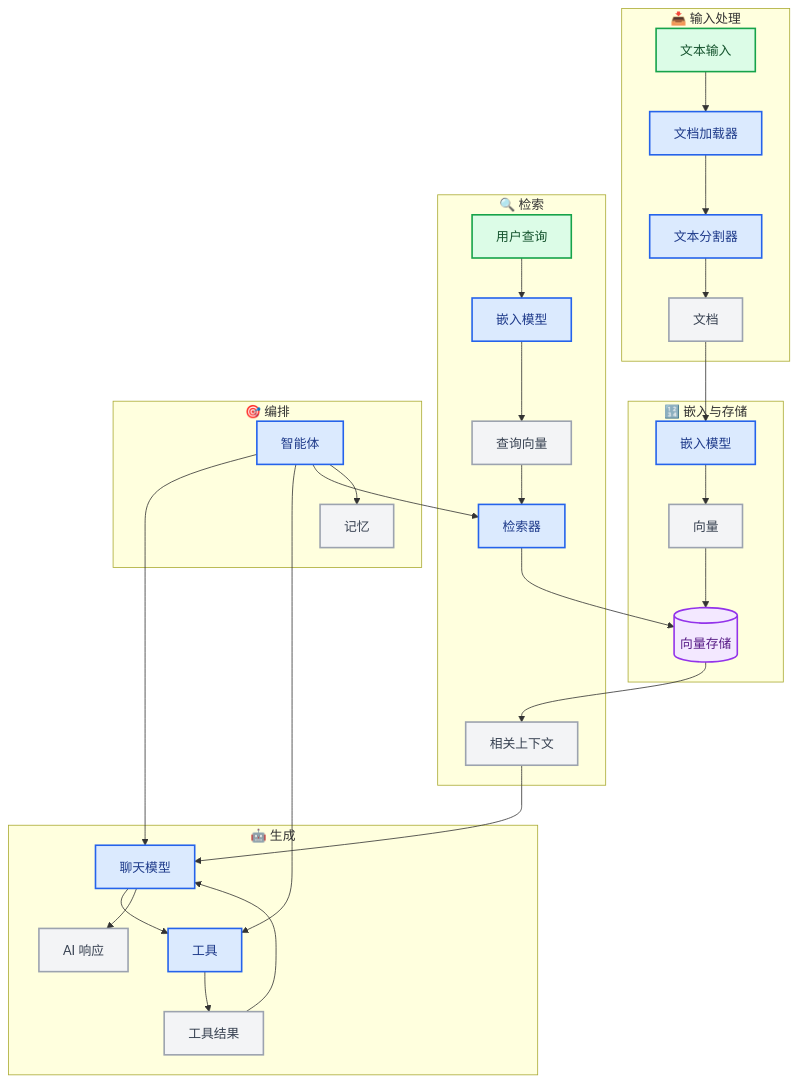
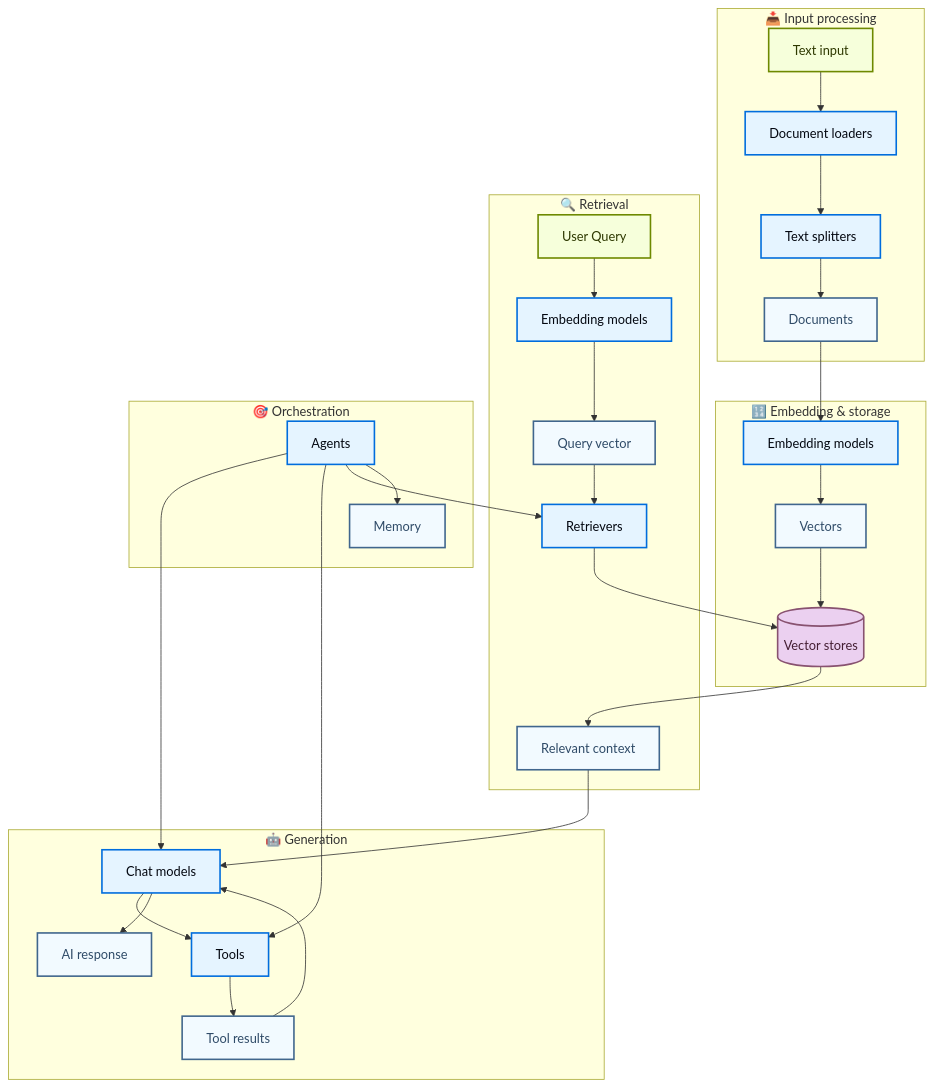
One commit to kunfan96/cndocs-langchain changed the first of 4 diagrams in oss/javascript/langchain/component-architecture.mdx. Above: the diagram before and after it, drawn with Mermaid. The commit also changed other lines of this file and 2538 other files, not shown here.

````diff
--- a/oss/javascript/langchain/component-architecture.mdx
+++ b/oss/javascript/langchain/component-architecture.mdx
@@ -11,52 +11,52 @@
 ```mermaid
 graph TD
-    %% 输入处理
-    subgraph "📥 输入处理"
-        A[文本输入] --> B[文档加载器]
-        B --> C[文本分割器]
-        C --> D[文档]
+    %% Input processing
+    subgraph "📥 Input processing"
+        A[Text input] --> B[Document loaders]
+        B --> C[Text splitters]
+        C --> D[Documents]
     end
 
-    %% 嵌入与存储
-    subgraph "🔢 嵌入与存储"
-        D --> E[嵌入模型]
-        E --> F[向量]
-        F --> G[(向量存储)]
+    %% Embedding & storage
+    subgraph "🔢 Embedding & storage"
+        D --> E[Embedding models]
+        E --> F[Vectors]
+        F --> G[(Vector stores)]
     end
 
-    %% 检索
-    subgraph "🔍 检索"
-        H[用户查询] --> I[嵌入模型]
-        I --> J[查询向量]
-        J --> K[检索器]
+    %% Retrieval
+    subgraph "🔍 Retrieval"
+        H[User Query] --> I[Embedding models]
+        I --> J[Query vector]
+        J --> K[Retrievers]
         K --> G
-        G --> L[相关上下文]
+        G --> L[Relevant context]
     end
 
-    %% 生成
-    subgraph "🤖 生成"
-        M[聊天模型] --> N[工具]
-        N --> O[工具结果]
+    %% Generation
+    subgraph "🤖 Generation"
+        M[Chat models] --> N[Tools]
+        N --> O[Tool results]
         O --> M
         L --> M
-        M --> P[AI 响应]
+        M --> P[AI response]
     end
 
-    %% 编排
-    subgraph "🎯 编排"
-        Q[智能体] --> M
+    %% Orchestration
+    subgraph "🎯 Orchestration"
+        Q[Agents] --> M
         Q --> N
         Q --> K
-        Q --> R[记忆]
+        Q --> R[Memory]
     end
 
-    classDef trigger fill:#DCFCE7,stroke:#16A34A,stroke-width:2px,color:#14532D
-    classDef process fill:#DBEAFE,stroke:#2563EB,stroke-width:2px,color:#1E3A8A
-    classDef output fill:#F3E8FF,stroke:#9333EA,stroke-width:2px,color:#581C87
-    classDef neutral fill:#F3F4F6,stroke:#9CA3AF,stroke-width:2px,color:#374151
+    classDef trigger fill:#F6FFDB,stroke:#6E8900,stroke-width:2px,color:#2E3900
+    classDef process fill:#E5F4FF,stroke:#006DDD,stroke-width:2px,color:#030710
+    classDef output fill:#EBD0F0,stroke:#885270,stroke-width:2px,color:#441E33
+    classDef neutral fill:#F2FAFF,stroke:#40668D,stroke-width:2px,color:#2F4B68
 
     class A,H trigger
     class B,C,E,I,K,M,N,Q process
     class D,F,J,L,O,P,R neutral
     class G output
 ```
````
